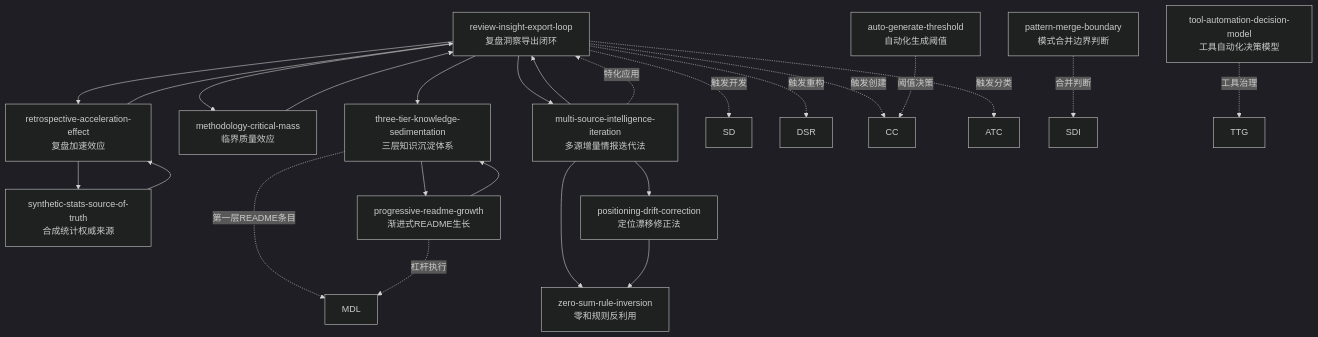
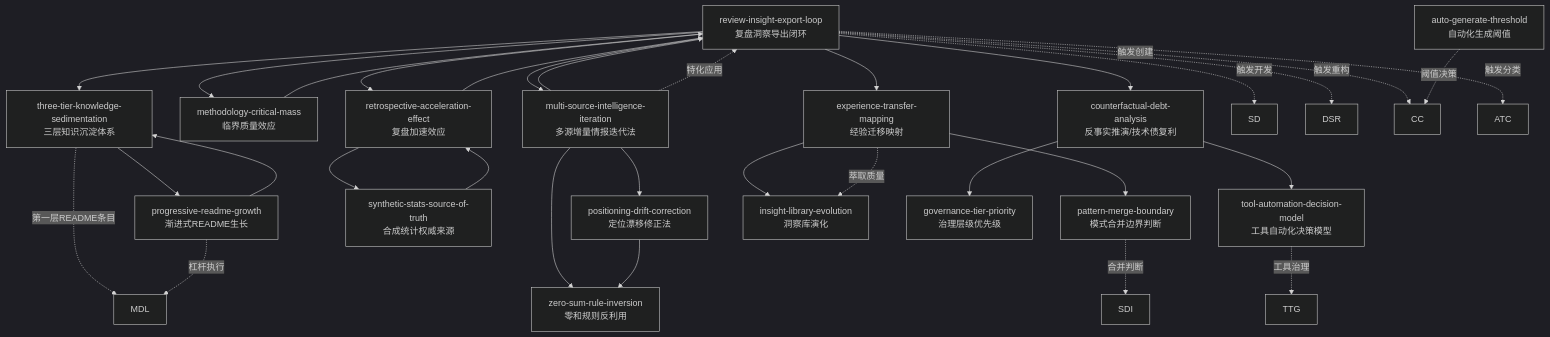
One commit to xinetzone/SpecWeave changed the third of 5 diagrams in docs/retrospective/patterns/methodology-patterns/README.md. Above: the diagram before and after it, drawn with Mermaid (dark theme). The commit also changed other lines of this file and 46 other files, not shown here.

````diff
--- a/docs/retrospective/patterns/methodology-patterns/README.md
+++ b/docs/retrospective/patterns/methodology-patterns/README.md
@@ -175,39 +191,50 @@
 ```mermaid
 flowchart TD
     RIE["review-insight-export-loop<br/>复盘洞察导出闭环"]
     RAE["retrospective-acceleration-effect<br/>复盘加速效应"]
     MCM["methodology-critical-mass<br/>临界质量效应"]
     TAD["tool-automation-decision-model<br/>工具自动化决策模型"]
     ATG["auto-generate-threshold<br/>自动化生成阈值"]
     PMB["pattern-merge-boundary<br/>模式合并边界判断"]
     SST["synthetic-stats-source-of-truth<br/>合成统计权威来源"]
     TKS["three-tier-knowledge-sedimentation<br/>三层知识沉淀体系"]
     PRG["progressive-readme-growth<br/>渐进式README生长"]
     MSI["multi-source-intelligence-iteration<br/>多源增量情报迭代法"]
     PDC["positioning-drift-correction<br/>定位漂移修正法"]
     ZSR["zero-sum-rule-inversion<br/>零和规则反利用"]
+    CDA["counterfactual-debt-analysis<br/>反事实推演/技术债复利"]
+    ETM["experience-transfer-mapping<br/>经验迁移映射"]
+    ILE["insight-library-evolution<br/>洞察库演化"]
+    GTP["governance-tier-priority<br/>治理层级优先级"]
     RIE --> RAE
     RAE --> RIE
     RIE --> MCM
     MCM --> RIE
     RAE --> SST
     SST --> RAE
     RIE --> TKS
     TKS --> PRG
     PRG --> TKS
     RIE --> MSI
     MSI --> RIE
     MSI --> PDC
     MSI --> ZSR
     PDC --> ZSR
+    RIE --> ETM
+    ETM --> PMB
+    ETM --> ILE
+    CDA --> TAD
+    CDA --> GTP
+    RIE --> CDA
     RIE -.->|"触发开发"| SD
     RIE -.->|"触发重构"| DSR
     RIE -.->|"触发创建"| CC
     RIE -.->|"触发分类"| ATC
     MSI -.->|"特化应用"| RIE
     ATG -.->|"阈值决策"| CC
     PMB -.->|"合并判断"| SDI
     TAD -.->|"工具治理"| TTG
     TKS -.->|"第一层README条目"| MDL
     PRG -.->|"杠杆执行"| MDL
+    ETM -.->|"萃取质量"| ILE
 ```
````
